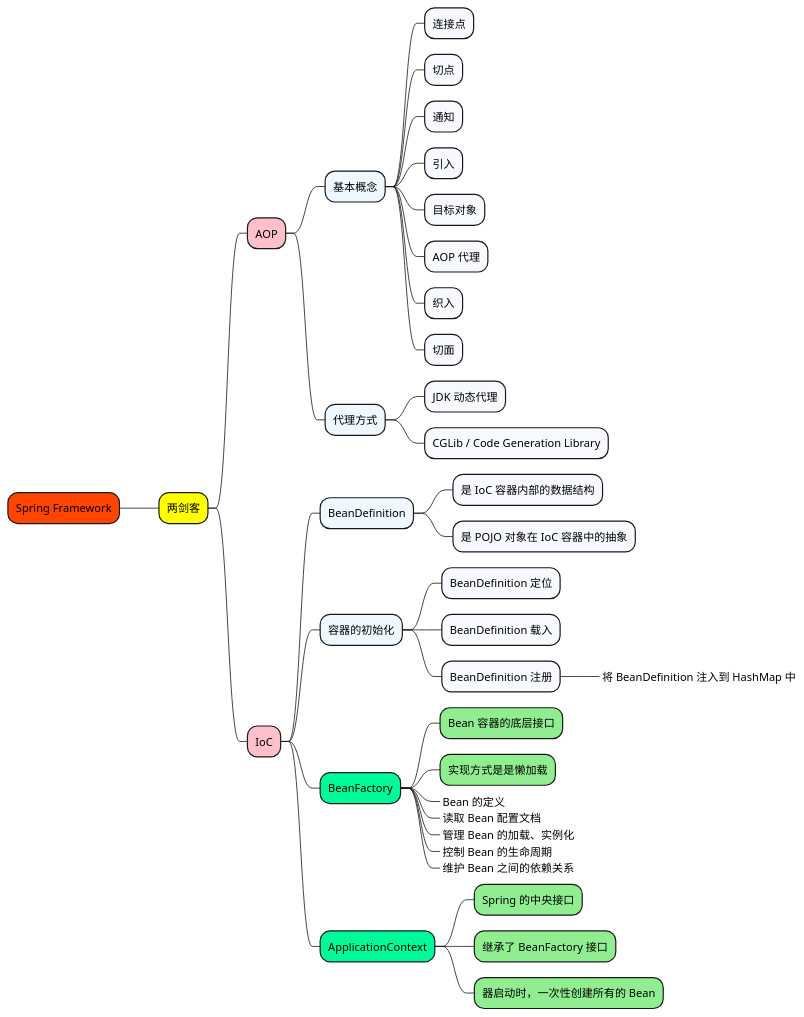
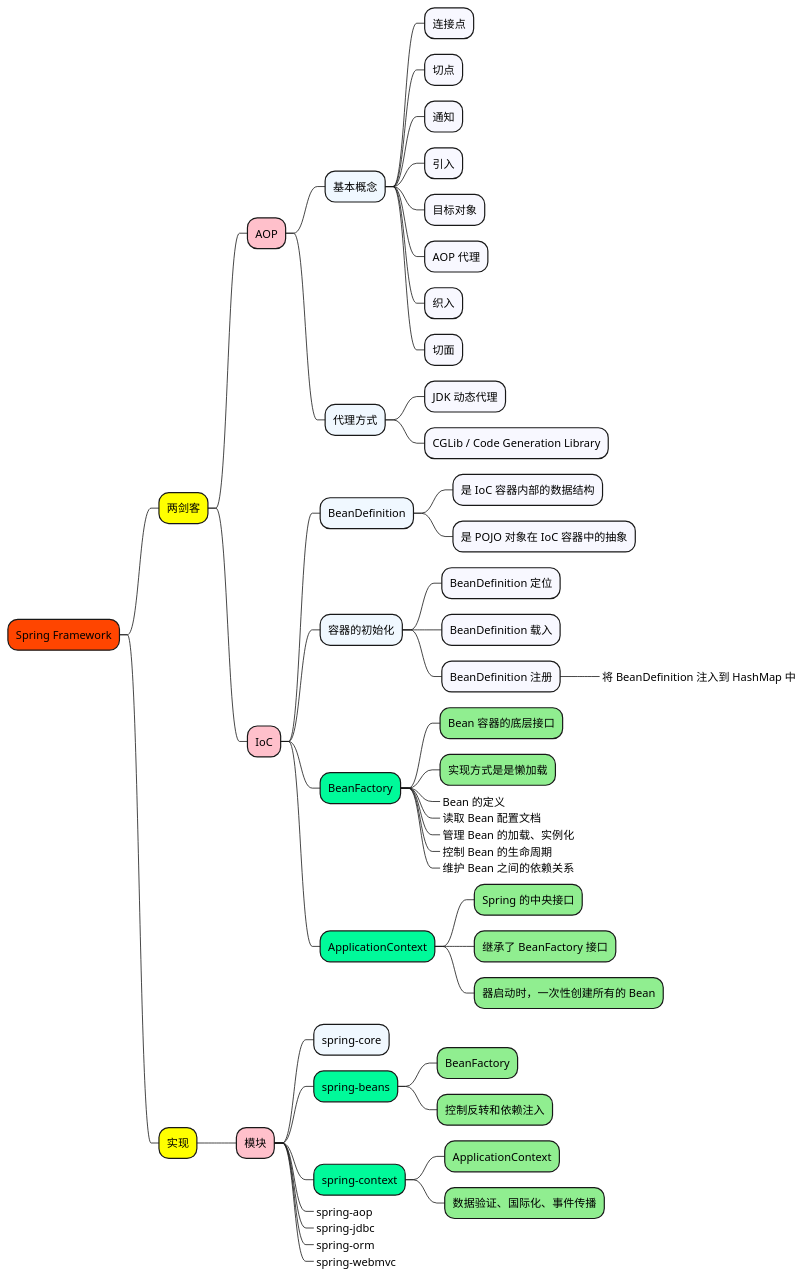
The diagram in 1_map/framework/Spring-Framework.puml (doveg/self-cultivation-of-a-software-engineer), drawn with PlantUML before and after one commit.

```diff
--- a/1_map/framework/Spring-Framework.puml
+++ b/1_map/framework/Spring-Framework.puml
@@ -1,52 +1,68 @@
 @startmindmap
 
 +[#OrangeRed] Spring Framework
 
 ++[#yellow] 两剑客
 
 +++[#Pink] AOP
 ++++[#AliceBlue] 基本概念
 +++++[#GhostWhite] 连接点
 +++++[#GhostWhite] 切点
 +++++[#GhostWhite] 通知
 +++++[#GhostWhite] 引入
 +++++[#GhostWhite] 目标对象
 +++++[#GhostWhite] AOP 代理
 +++++[#GhostWhite] 织入
 +++++[#GhostWhite] 切面
 '++++++[#Aquamarine] 6
 '+++++++[#Aquamarine]_ 7
 
 ++++[#AliceBlue] 代理方式
 +++++[#GhostWhite] JDK 动态代理
 +++++[#GhostWhite] CGLib / Code Generation Library
 
 
 +++[#Pink] IoC
 
 ++++[#AliceBlue] BeanDefinition
 +++++[#GhostWhite] 是 IoC 容器内部的数据结构
 +++++[#GhostWhite] 是 POJO 对象在 IoC 容器中的抽象
 
 ++++[#AliceBlue] 容器的初始化
 +++++[#GhostWhite] BeanDefinition 定位
 +++++[#GhostWhite] BeanDefinition 载入
 +++++[#GhostWhite] BeanDefinition 注册
 ++++++[#LightGreen]_ 将 BeanDefinition 注入到 HashMap 中
 
 ++++[#MediumSpringGreen] BeanFactory
 +++++[#LightGreen] Bean 容器的底层接口
 +++++[#LightGreen] 实现方式是是懒加载
 +++++[#GhostWhite]_ Bean 的定义
 +++++[#GhostWhite]_ 读取 Bean 配置文档
 +++++[#GhostWhite]_ 管理 Bean 的加载、实例化
 +++++[#GhostWhite]_ 控制 Bean 的生命周期
 +++++[#GhostWhite]_ 维护 Bean 之间的依赖关系
 
 ++++[#MediumSpringGreen] ApplicationContext
 +++++[#LightGreen] Spring 的中央接口
 +++++[#LightGreen] 继承了 BeanFactory 接口
 +++++[#LightGreen] 器启动时，一次性创建所有的 Bean
 
 
+++[#yellow] 实现
+
++++[#Pink] 模块
+++++[#AliceBlue] spring-core
+++++[#MediumSpringGreen] spring-beans
++++++[#LightGreen] BeanFactory
++++++[#LightGreen] 控制反转和依赖注入
+++++[#MediumSpringGreen] spring-context
++++++[#LightGreen] ApplicationContext
++++++[#LightGreen] 数据验证、国际化、事件传播
+++++[#AliceBlue]_ spring-aop
+++++[#AliceBlue]_ spring-jdbc
+++++[#AliceBlue]_ spring-orm
+++++[#AliceBlue]_ spring-webmvc
+
+
 @endmindmap
```
